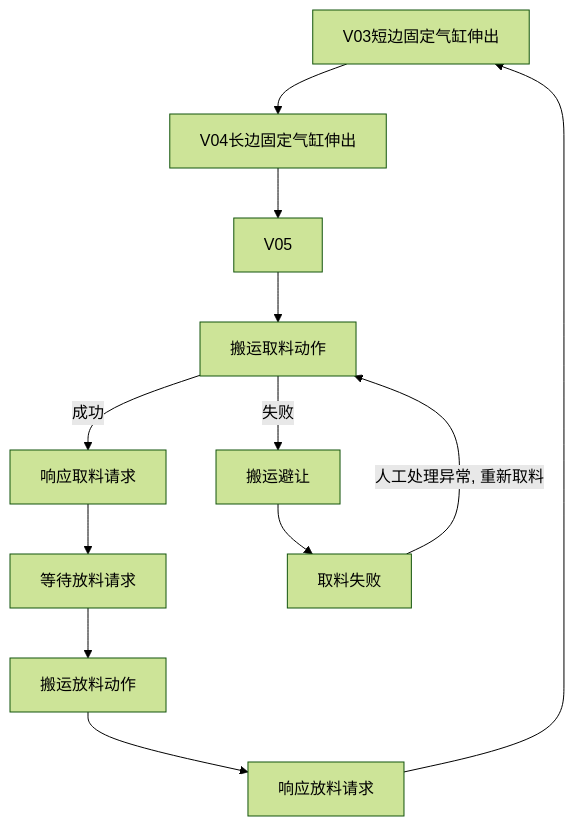
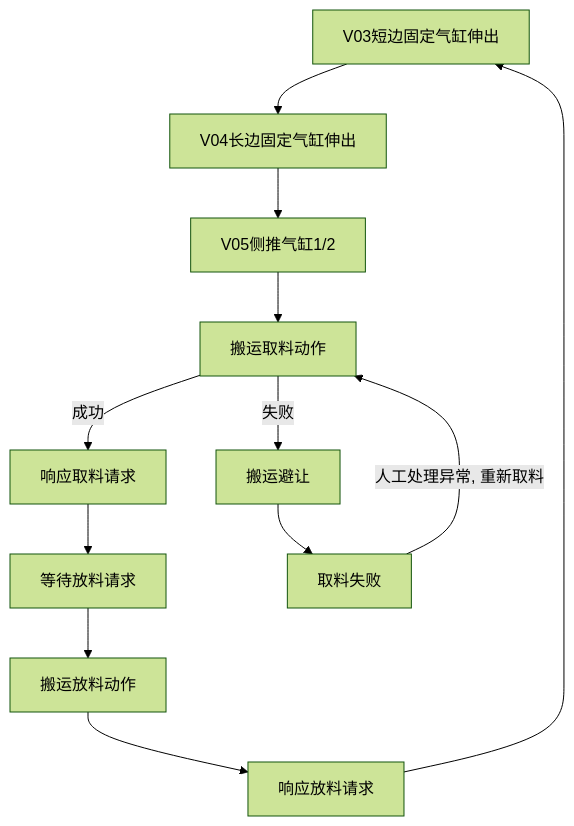
The diagram in all/OP10气缸固定流程.md (PengKun1/iodraw-files), drawn with Mermaid (forest theme) before and after one commit.

Commit message:
2024-08-05 13:50:14 update

````diff
--- a/all/OP10气缸固定流程.md
+++ b/all/OP10气缸固定流程.md
@@ -1,17 +1,17 @@
 ```mermaid
 graph TD
 10[V03短边固定气缸伸出]-->20
 20[V04长边固定气缸伸出]-->30
-30[V05]-->40
+30[V05侧推气缸1/2]-->40
 40[搬运取料动作]-->|成功|50
 40-->|失败|90
 50[响应取料请求]-->60
 60[等待放料请求]-->70
 70[搬运放料动作]-->80
 80[响应放料请求]-->10
 
 90[搬运避让]-->900
 
 900[取料失败]-->|人工处理异常, 重新取料|40
   
 ```
````
